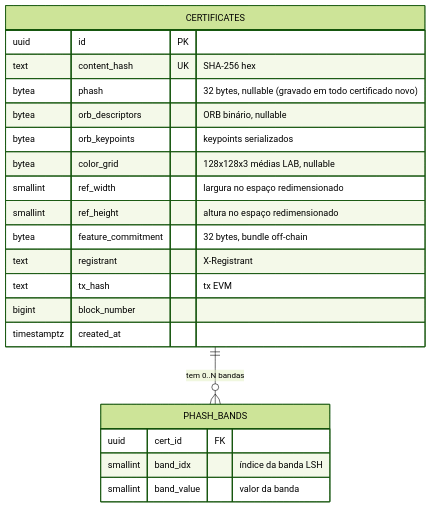
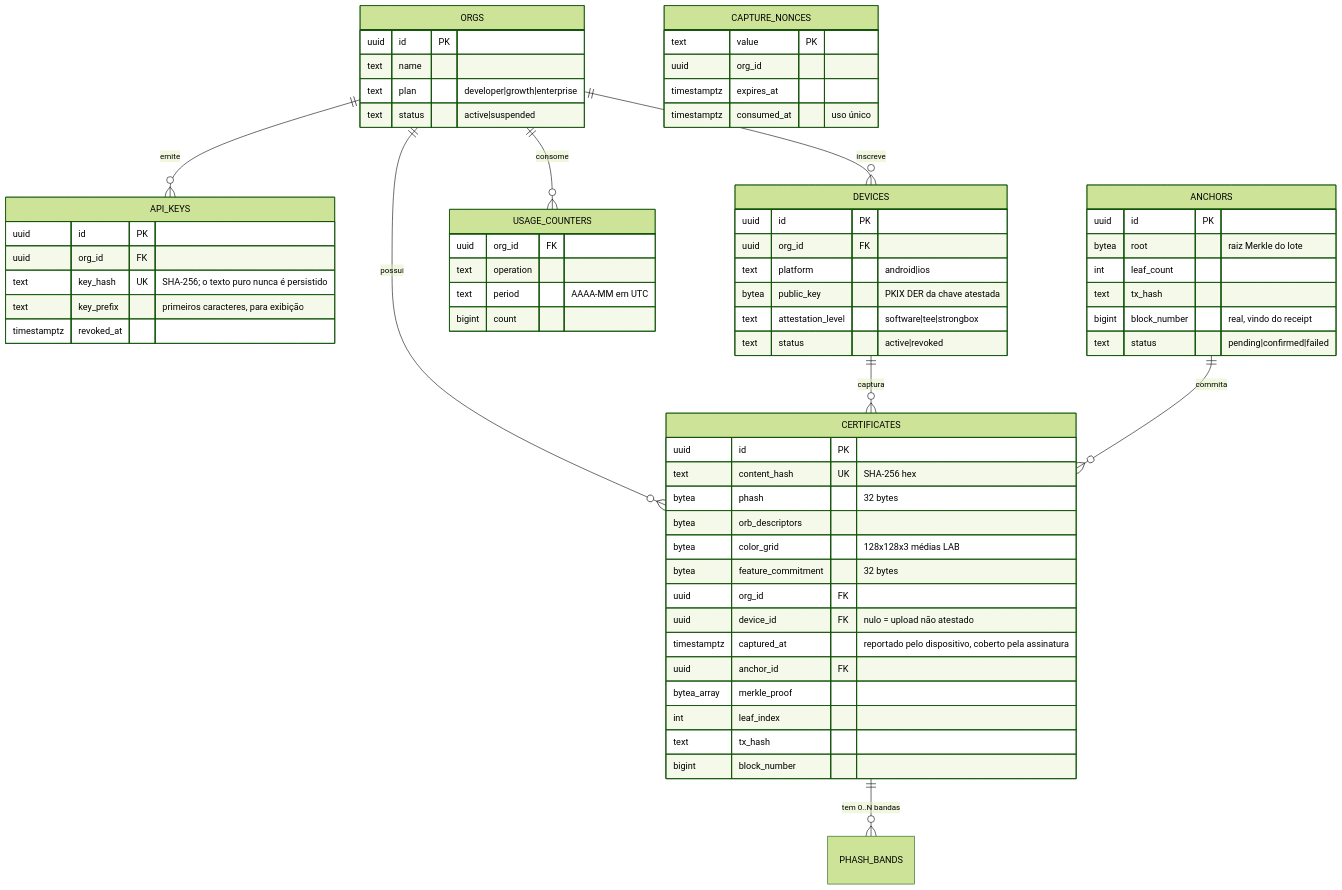
Before and after one commit to waizbart/aletheia-api: the third of 5 diagrams in docs/ARCHITECTURE.md, drawn with Mermaid (forest theme). The commit also changed other lines of this file and 93 other files, not shown here.

````diff
--- a/docs/ARCHITECTURE.md
+++ b/docs/ARCHITECTURE.md
@@ -103,24 +107,68 @@
 ```mermaid
 erDiagram
+    ORGS ||--o{ API_KEYS : "emite"
+    ORGS ||--o{ DEVICES : "inscreve"
+    ORGS ||--o{ USAGE_COUNTERS : "consome"
+    ORGS ||--o{ CERTIFICATES : "possui"
+    DEVICES ||--o{ CERTIFICATES : "captura"
+    ANCHORS ||--o{ CERTIFICATES : "commita"
     CERTIFICATES ||--o{ PHASH_BANDS : "tem 0..N bandas"
+
+    ORGS {
+        uuid id PK
+        text name
+        text plan "developer|growth|enterprise"
+        text status "active|suspended"
+    }
+    API_KEYS {
+        uuid id PK
+        uuid org_id FK
+        text key_hash UK "SHA-256; o texto puro nunca é persistido"
+        text key_prefix "primeiros caracteres, para exibição"
+        timestamptz revoked_at
+    }
+    DEVICES {
+        uuid id PK
+        uuid org_id FK
+        text platform "android|ios"
+        bytea public_key "PKIX DER da chave atestada"
+        text attestation_level "software|tee|strongbox"
+        text status "active|revoked"
+    }
+    CAPTURE_NONCES {
+        text value PK
+        uuid org_id
+        timestamptz expires_at
+        timestamptz consumed_at "uso único"
+    }
     CERTIFICATES {
         uuid id PK
         text content_hash UK "SHA-256 hex"
-        bytea phash "32 bytes, nullable (gravado em todo certificado novo)"
-        bytea orb_descriptors "ORB binário, nullable"
-        bytea orb_keypoints "keypoints serializados"
-        bytea color_grid "128x128x3 médias LAB, nullable"
-        smallint ref_width "largura no espaço redimensionado"
-        smallint ref_height "altura no espaço redimensionado"
-        bytea feature_commitment "32 bytes, bundle off-chain"
-        text registrant "X-Registrant"
-        text tx_hash "tx EVM"
+        bytea phash "32 bytes"
+        bytea orb_descriptors
+        bytea color_grid "128x128x3 médias LAB"
+        bytea feature_commitment "32 bytes"
+        uuid org_id FK
+        uuid device_id FK "nulo = upload não atestado"
+        timestamptz captured_at "reportado pelo dispositivo, coberto pela assinatura"
+        uuid anchor_id FK
+        bytea_array merkle_proof
+        int leaf_index
+        text tx_hash
         bigint block_number
-        timestamptz created_at
     }
-    PHASH_BANDS {
-        uuid cert_id FK
-        smallint band_idx "índice da banda LSH"
-        smallint band_value "valor da banda"
+    ANCHORS {
+        uuid id PK
+        bytea root "raiz Merkle do lote"
+        int leaf_count
+        text tx_hash
+        bigint block_number "real, vindo do receipt"
+        text status "pending|confirmed|failed"
+    }
+    USAGE_COUNTERS {
+        uuid org_id FK
+        text operation
+        text period "AAAA-MM em UTC"
+        bigint count
     }
 ```
````
